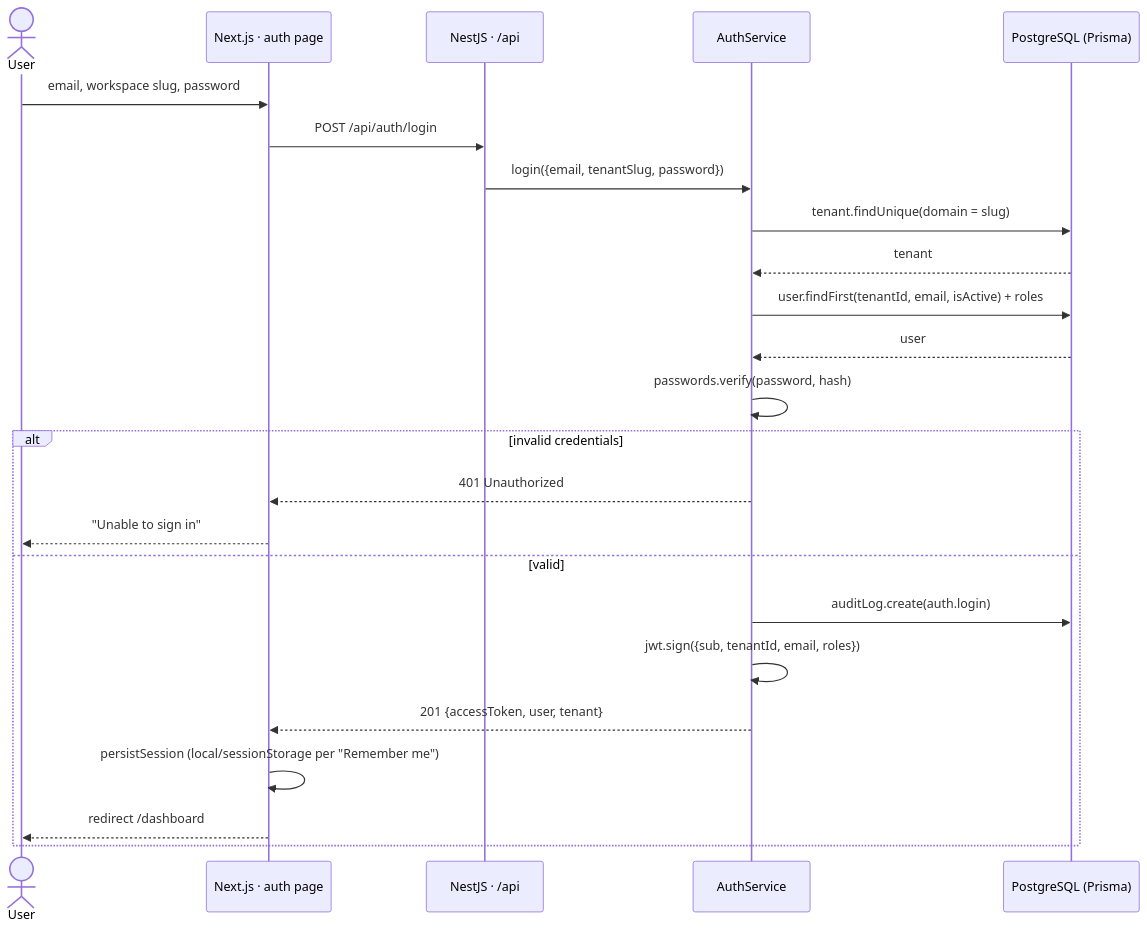
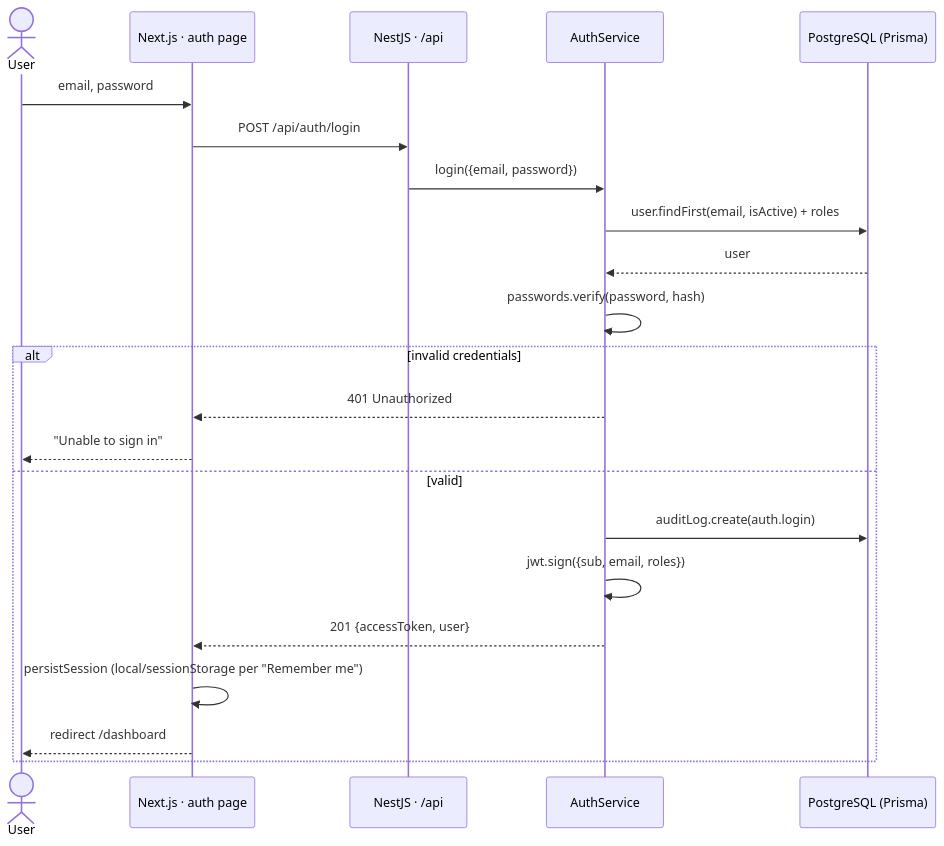
The first of 5 diagrams in docs/sequence-diagrams.md (BirhanuB123/BetFlow-CRM), drawn with Mermaid before and after one commit. The commit also changed other lines of this file and 229 other files, not shown here.

````diff
--- a/docs/sequence-diagrams.md
+++ b/docs/sequence-diagrams.md
@@ -25,27 +20,25 @@
 ```mermaid
 sequenceDiagram
     actor User
     participant Web as Next.js · auth page
     participant API as NestJS · /api
     participant Auth as AuthService
     participant DB as PostgreSQL (Prisma)
 
-    User->>Web: email, workspace slug, password
+    User->>Web: email, password
     Web->>API: POST /api/auth/login
-    API->>Auth: login({email, tenantSlug, password})
-    Auth->>DB: tenant.findUnique(domain = slug)
-    DB-->>Auth: tenant
-    Auth->>DB: user.findFirst(tenantId, email, isActive) + roles
+    API->>Auth: login({email, password})
+    Auth->>DB: user.findFirst(email, isActive) + roles
     DB-->>Auth: user
     Auth->>Auth: passwords.verify(password, hash)
     alt invalid credentials
         Auth-->>Web: 401 Unauthorized
         Web-->>User: "Unable to sign in"
     else valid
         Auth->>DB: auditLog.create(auth.login)
-        Auth->>Auth: jwt.sign({sub, tenantId, email, roles})
-        Auth-->>Web: 201 {accessToken, user, tenant}
+        Auth->>Auth: jwt.sign({sub, email, roles})
+        Auth-->>Web: 201 {accessToken, user}
         Web->>Web: persistSession (local/sessionStorage per "Remember me")
         Web-->>User: redirect /dashboard
     end
 ```
````
